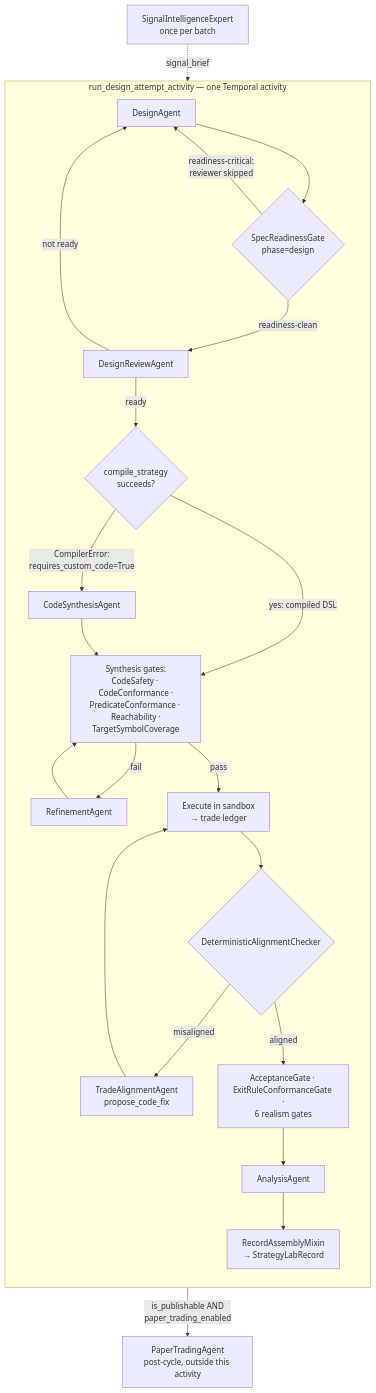
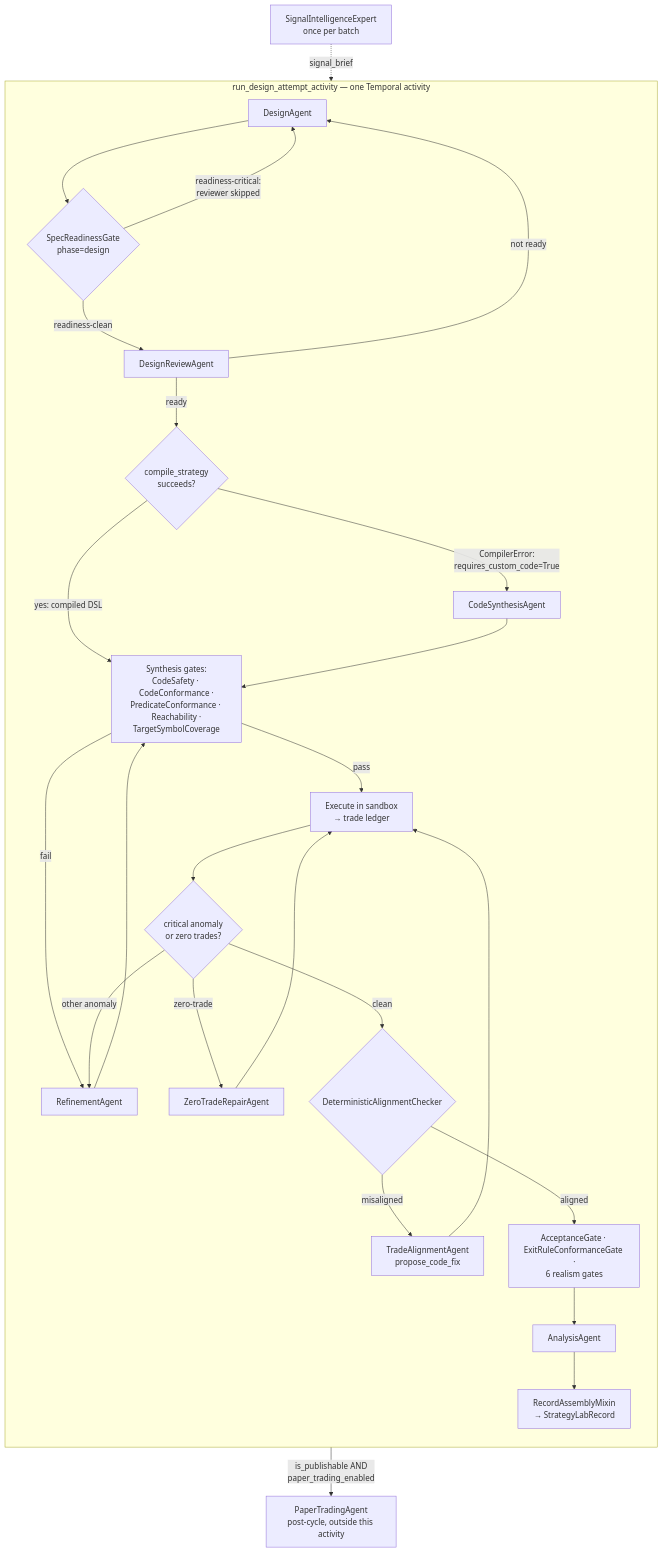
The diagram in backend/agents/investment_team/system_design/generation_pipeline.md (brandonkindred/Khala-Agentic-AI-Teams), drawn with Mermaid before and after one commit. The commit also changed 2 other files, not shown here.

Commit message:
docs(investment): fix three more review findings in Strategy Lab docs
- Split the batch sequence diagram's refinement step into two opt
  blocks: a validation-gate failure can trigger RefinementAgent before
  any execution happens this round, distinct from the post-execution
  execution/anomaly/zero-trade case, matching _run_synthesis_loop's
  actual validate -> execute -> evaluate ordering.
- Scope the BatchWF container-diagram label's "1 signal-brief call per
  batch" to a batch-workflow invocation, with the mid-batch resume
  caveat, matching the qualification already made on the SIE node.
- Add the zero-trade repair branch to the "at a glance" flowchart: a
  critical anomaly or zero-trade result routes to ZeroTradeRepairAgent
  or RefinementAgent and re-executes, rather than proceeding straight
  from execution to the alignment checker.

````diff
--- a/backend/agents/investment_team/system_design/generation_pipeline.md
+++ b/backend/agents/investment_team/system_design/generation_pipeline.md
@@ -376,28 +376,32 @@
 ```mermaid
 flowchart TB
     subgraph attempt["run_design_attempt_activity — one Temporal activity"]
         direction TB
         D[DesignAgent] --> RG1{SpecReadinessGate<br/>phase=design}
         RG1 -->|readiness-clean| DR[DesignReviewAgent]
         RG1 -->|readiness-critical:<br/>reviewer skipped| D
         DR -->|ready| CS
         DR -->|not ready| D
         CS{compile_strategy<br/>succeeds?}
         CS -->|yes: compiled DSL| SYN
         CS -->|CompilerError:<br/>requires_custom_code=True| CSA[CodeSynthesisAgent]
         CSA --> SYN
         SYN[Synthesis gates:<br/>CodeSafety · CodeConformance ·<br/>PredicateConformance · Reachability ·<br/>TargetSymbolCoverage]
         SYN -->|fail| RF[RefinementAgent]
         RF --> SYN
         SYN -->|pass| BT[Execute in sandbox<br/>→ trade ledger]
-        BT --> AL{DeterministicAlignmentChecker}
+        BT --> EV{critical anomaly<br/>or zero trades?}
+        EV -->|zero-trade| ZTRA[ZeroTradeRepairAgent]
+        ZTRA --> BT
+        EV -->|other anomaly| RF
+        EV -->|clean| AL{DeterministicAlignmentChecker}
         AL -->|misaligned| TAA[TradeAlignmentAgent<br/>propose_code_fix]
         TAA --> BT
         AL -->|aligned| VER[AcceptanceGate · ExitRuleConformanceGate ·<br/>6 realism gates]
         VER --> AN[AnalysisAgent]
         AN --> REC[RecordAssemblyMixin<br/>→ StrategyLabRecord]
     end
 
     SIE[SignalIntelligenceExpert<br/>once per batch] -.->|signal_brief| D
     REC -->|"is_publishable AND<br/>paper_trading_enabled"| PTA[PaperTradingAgent<br/>post-cycle, outside this activity]
 ```
````
